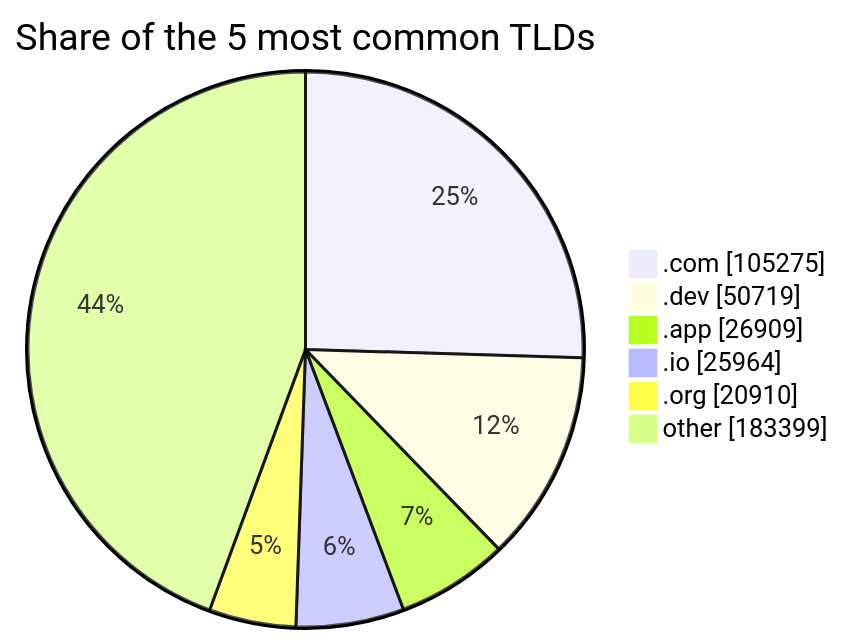
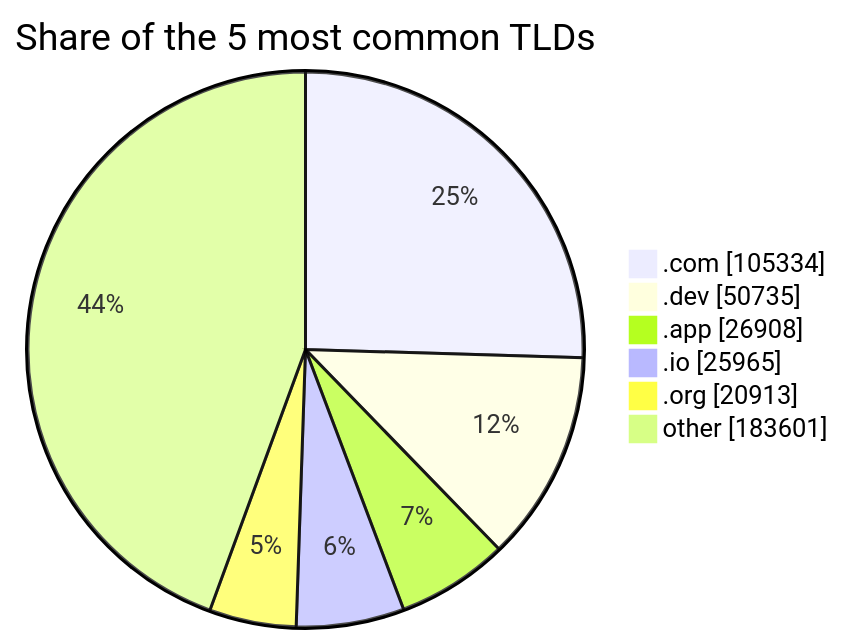
The third of 3 diagrams in README.md (DNSBunker/CTI), drawn with Mermaid before and after one commit. The commit also changed other lines of this file and 3 other files, not shown here.

````diff
--- a/README.md
+++ b/README.md
@@ -81,9 +81,9 @@
 ```mermaid
 pie showData title Share of the 5 most common TLDs
-    ".com" : 105275
-    ".dev" : 50719
-    ".app" : 26909
-    ".io" : 25964
-    ".org" : 20910
-    "other" : 183399
+    ".com" : 105334
+    ".dev" : 50735
+    ".app" : 26908
+    ".io" : 25965
+    ".org" : 20913
+    "other" : 183601
 ```
````
